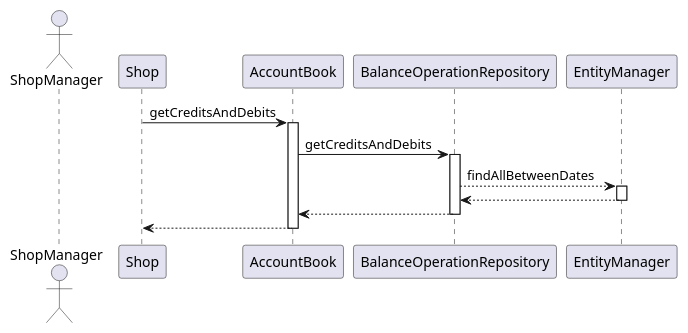
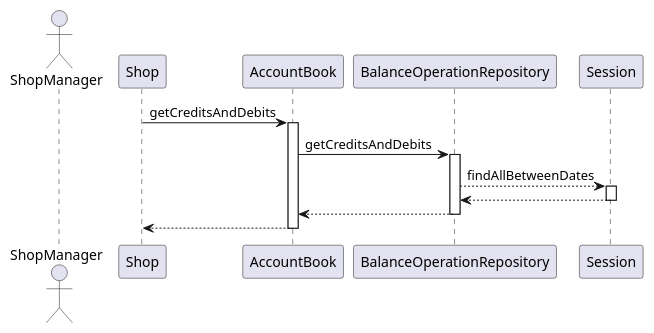
One commit to mspronesti/ezshop changed the tenth of 10 diagrams in Deliverables/DesignDocument.md. Above: the diagram before and after it, drawn with PlantUML. The commit also changed other lines of this file and 4 other files, not shown here.

````diff
--- a/Deliverables/DesignDocument.md
+++ b/Deliverables/DesignDocument.md
@@ -539,22 +511,22 @@
 ```plantuml
 @startuml
     actor ShopManager
     Shop -> AccountBook: getCreditsAndDebits
     activate AccountBook
 
     AccountBook -> BalanceOperationRepository: getCreditsAndDebits
     activate BalanceOperationRepository
 
-    BalanceOperationRepository --> EntityManager: findAllBetweenDates
-    activate EntityManager
+    BalanceOperationRepository --> Session: findAllBetweenDates
+    activate Session
 
-    EntityManager --> BalanceOperationRepository
-    deactivate EntityManager
+    Session --> BalanceOperationRepository
+    deactivate Session
 
     BalanceOperationRepository --> AccountBook
     deactivate BalanceOperationRepository
 
     AccountBook --> Shop
     deactivate AccountBook
 @enduml
 ```
````
